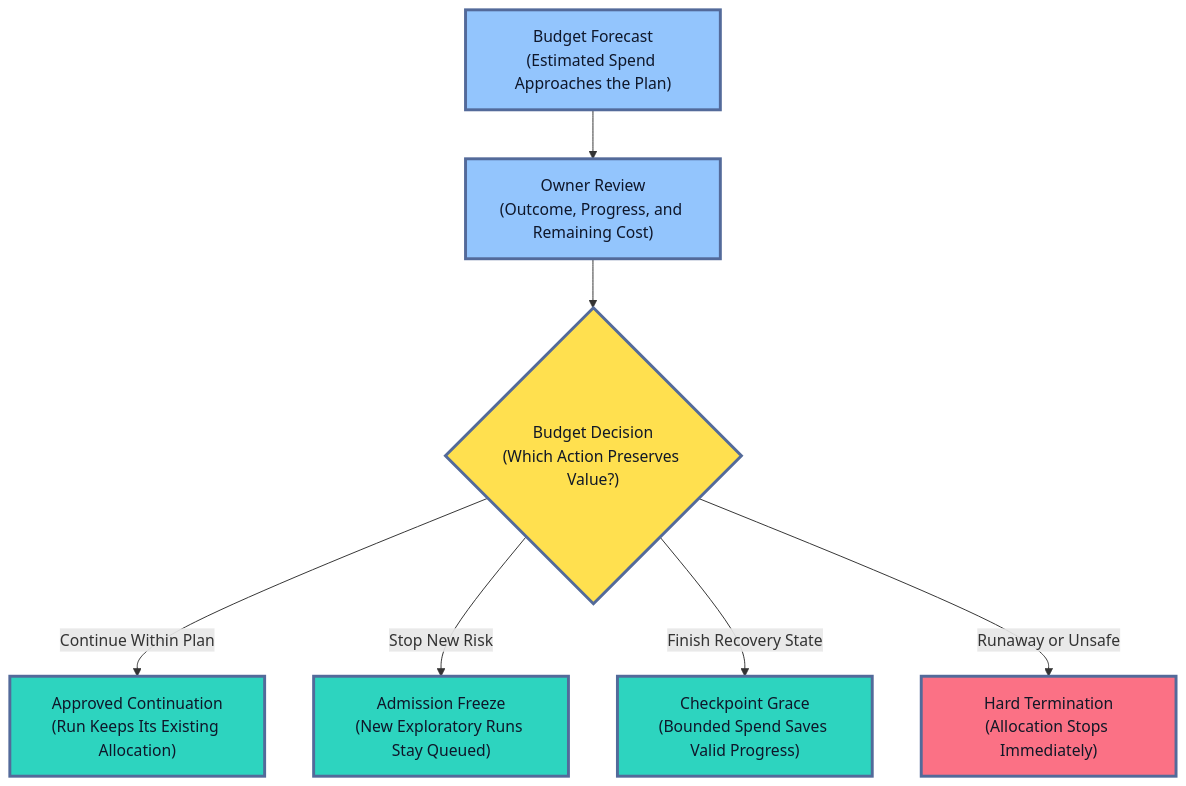
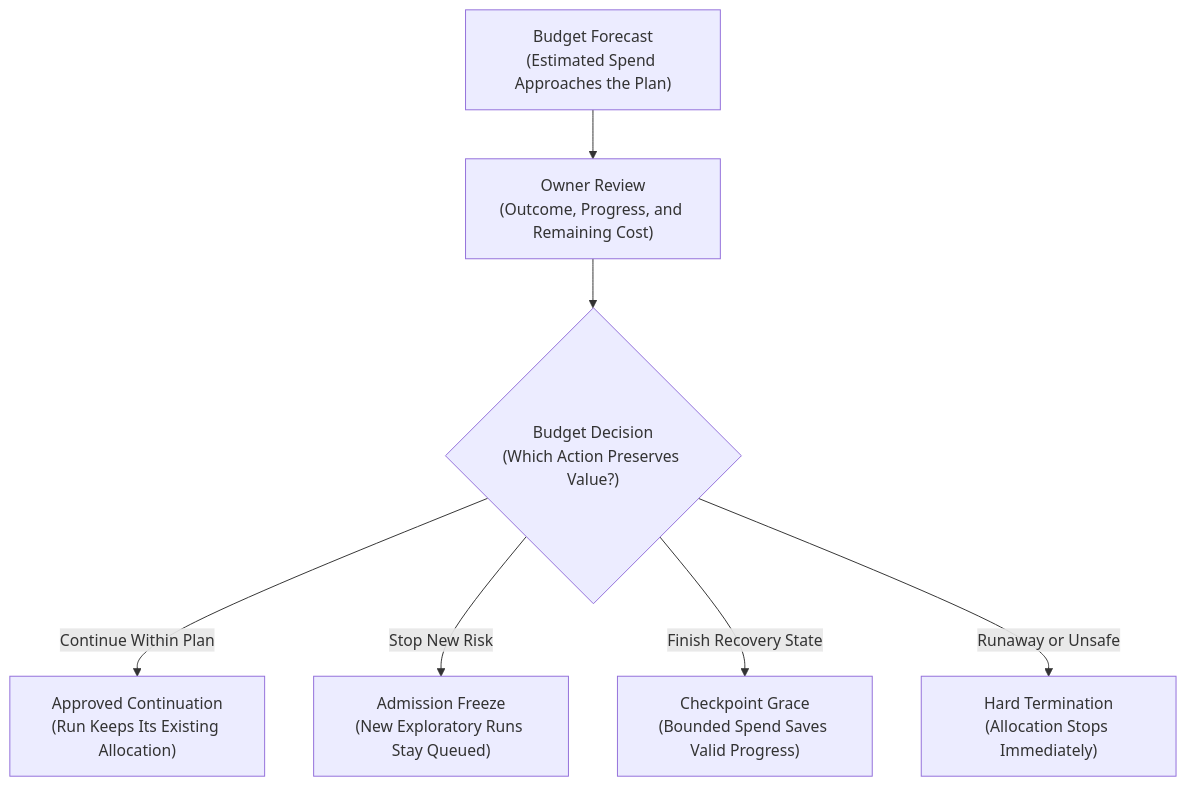
The fourth of 5 diagrams in roadmaps/mlops/modules/training-pipelines/scaling-training/03-training-cost-and-quotas.md (senlinyy/dev-roadmaps), drawn with Mermaid before and after one commit. The commit also changed other lines of this file and 152 other files, not shown here.

Commit message:
feat: mlops and diagrams updated

````diff
--- a/roadmaps/mlops/modules/training-pipelines/scaling-training/03-training-cost-and-quotas.md
+++ b/roadmaps/mlops/modules/training-pipelines/scaling-training/03-training-cost-and-quotas.md
@@ -392,18 +383,14 @@
 ```mermaid
 flowchart TD
     A["Budget Forecast<br/>(Estimated Spend Approaches the Plan)"] --> B["Owner Review<br/>(Outcome, Progress, and Remaining Cost)"]
     B --> C{"Budget Decision<br/>(Which Action Preserves Value?)"}
     C -->|"Continue Within Plan"| D["Approved Continuation<br/>(Run Keeps Its Existing Allocation)"]
     C -->|"Stop New Risk"| E["Admission Freeze<br/>(New Exploratory Runs Stay Queued)"]
     C -->|"Finish Recovery State"| F["Checkpoint Grace<br/>(Bounded Spend Saves Valid Progress)"]
     C -->|"Runaway or Unsafe"| G["Hard Termination<br/>(Allocation Stops Immediately)"]
 
-    classDef signal fill:#93C5FD,stroke:#536A9A,stroke-width:3px,color:#0F172A
-    classDef decision fill:#FFE04F,stroke:#536A9A,stroke-width:3px,color:#111827
-    classDef action fill:#2DD4BF,stroke:#536A9A,stroke-width:3px,color:#0F172A
-    classDef stop fill:#FB7185,stroke:#536A9A,stroke-width:3px,color:#111827
     class A,B signal
     class C decision
     class D,E,F action
     class G stop
 ```
````
